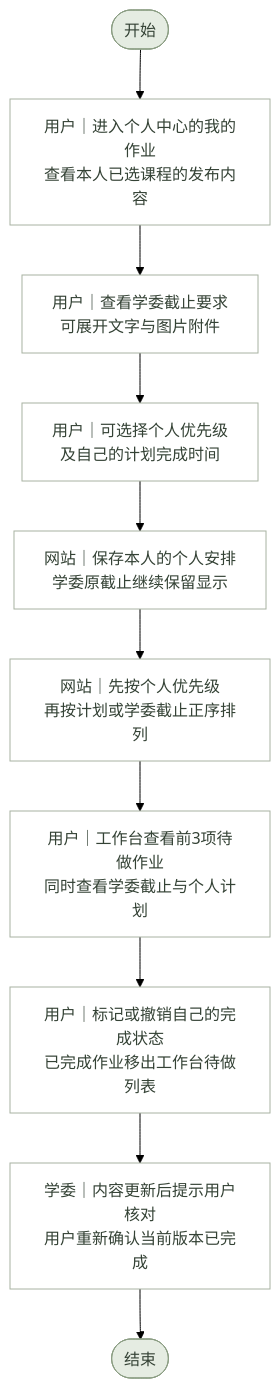
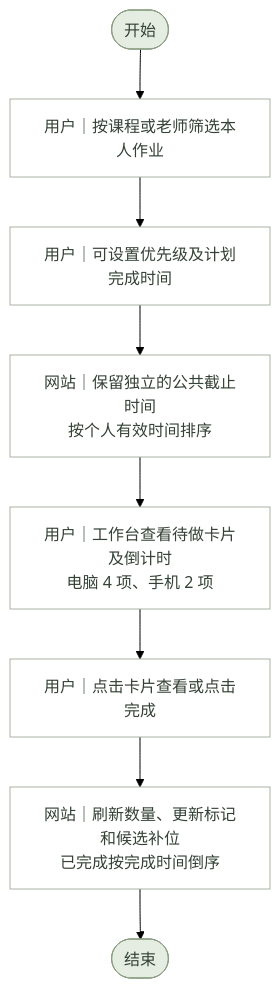
Before and after one commit to lichen-lc123/class-assistant: the diagram in 需求文档/作业功能/流程图源文件/业务流程图/个人作业安排与工作台排序.mmd, drawn with Mermaid (forest theme). The commit also changed 157 other files, not shown here.

```diff
--- a/需求文档/作业功能/流程图源文件/业务流程图/个人作业安排与工作台排序.mmd
+++ b/需求文档/作业功能/流程图源文件/业务流程图/个人作业安排与工作台排序.mmd
@@ -1,36 +1,30 @@
-%% 个人作业安排与工作台排序 · 业务流程图 · V1.0 · 2026-11-06
+%% 个人作业安排与工作台排序 · 业务流程图 · 当前版 · 2026-11-09
 flowchart TD
     N0(["开始"])
-    N1["用户｜进入个人中心的我的作业<br/>查看本人已选课程的发布内容"]
-    N2["用户｜查看学委截止要求<br/>可展开文字与图片附件"]
-    N3["用户｜可选择个人优先级<br/>及自己的计划完成时间"]
-    N4["网站｜保存本人的个人安排<br/>学委原截止继续保留显示"]
-    N5["网站｜先按个人优先级<br/>再按计划或学委截止正序排列"]
-    N6["用户｜工作台查看前3项待做作业<br/>同时查看学委截止与个人计划"]
-    N7["用户｜标记或撤销自己的完成状态<br/>已完成作业移出工作台待做列表"]
-    N8["学委｜内容更新后提示用户核对<br/>用户重新确认当前版本已完成"]
-    N9(["结束"])
+    N1["用户｜按课程或老师筛选本人作业"]
+    N2["用户｜可设置优先级及计划完成时间"]
+    N3["网站｜保留独立的公共截止时间<br/>按个人有效时间排序"]
+    N4["用户｜工作台查看待做卡片及倒计时<br/>电脑 4 项、手机 2 项"]
+    N5["用户｜点击卡片查看或点击完成"]
+    N6["网站｜刷新数量、更新标记和候选补位<br/>已完成按完成时间倒序"]
+    N7(["结束"])
     N0 --> N1
     N1 --> N2
     N2 --> N3
     N3 --> N4
     N4 --> N5
     N5 --> N6
     N6 --> N7
-    N7 --> N8
-    N8 --> N9
     classDef normal fill:#FFFFFF,stroke:#A8B2A2,color:#344235;
     classDef decision fill:#F0ECE2,stroke:#A69B83,color:#344235;
     classDef terminal fill:#E5ECE2,stroke:#8A9D82,color:#344235;
     classDef exception fill:#F2EAE6,stroke:#B09B91,color:#344235;
     classDef database fill:#E7EDF0,stroke:#8A9CA6,color:#344235;
     class N0 terminal;
     class N1 normal;
     class N2 normal;
     class N3 normal;
     class N4 normal;
     class N5 normal;
     class N6 normal;
-    class N7 normal;
-    class N8 normal;
-    class N9 terminal;
+    class N7 terminal;
```
